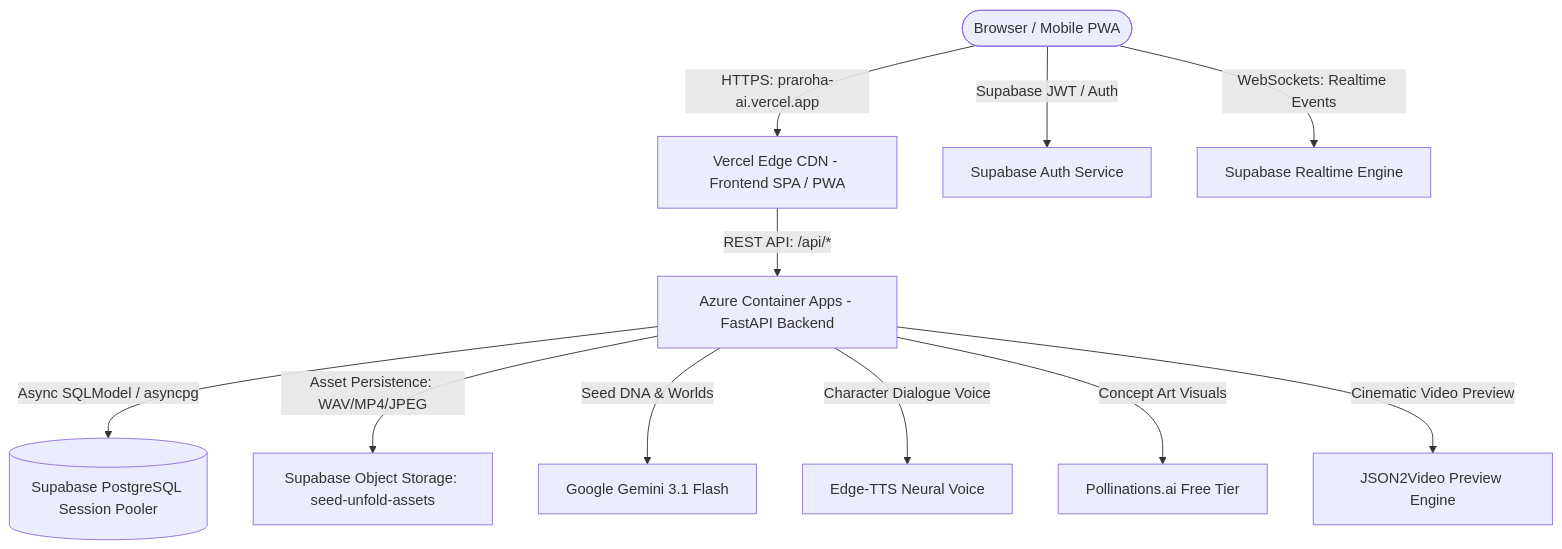
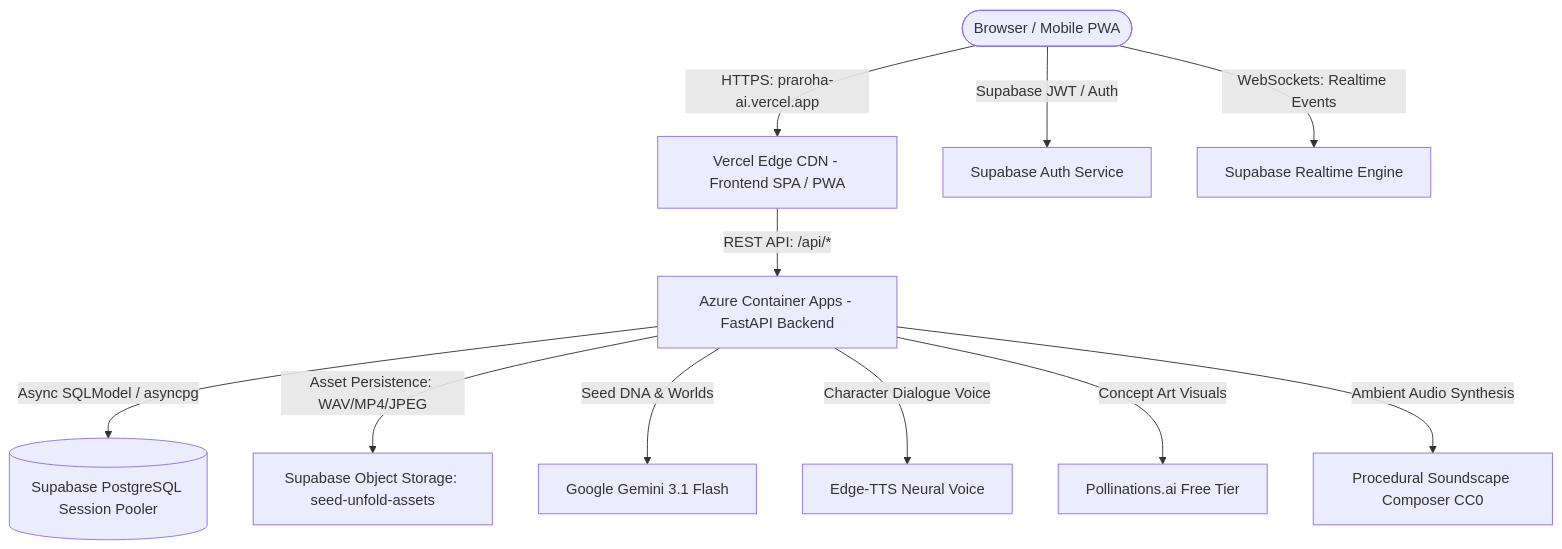
One commit to syed-imadulla/Praroha changed the first of 3 diagrams in docs/DEPLOYMENT.md. Above: the diagram before and after it, drawn with Mermaid. The commit also changed other lines of this file and 27 other files, not shown here.

Commit message:
feat(media): implement Phase 46 cinematic preview evaluation and isolated pilot

````diff
--- a/docs/DEPLOYMENT.md
+++ b/docs/DEPLOYMENT.md
@@ -22,13 +22,13 @@
 ```mermaid
 graph TD
     User([Browser / Mobile PWA]) -->|HTTPS: praroha-ai.vercel.app| Vercel[Vercel Edge CDN - Frontend SPA / PWA]
     User -->|Supabase JWT / Auth| SupaAuth[Supabase Auth Service]
     User -->|WebSockets: Realtime Events| SupaRT[Supabase Realtime Engine]
     Vercel -->|REST API: /api/*| AzureACA[Azure Container Apps - FastAPI Backend]
     AzureACA -->|Async SQLModel / asyncpg| SupaDB[(Supabase PostgreSQL Session Pooler)]
     AzureACA -->|Asset Persistence: WAV/MP4/JPEG| SupaStorage[Supabase Object Storage: seed-unfold-assets]
     AzureACA -->|Seed DNA & Worlds| Gemini[Google Gemini 3.1 Flash]
     AzureACA -->|Character Dialogue Voice| EdgeTTS[Edge-TTS Neural Voice]
     AzureACA -->|Concept Art Visuals| Pollinations[Pollinations.ai Free Tier]
-    AzureACA -->|Cinematic Video Preview| JSON2Video[JSON2Video Preview Engine]
+    AzureACA -->|Ambient Audio Synthesis| Soundscapes[Procedural Soundscape Composer CC0]
 ```
````
